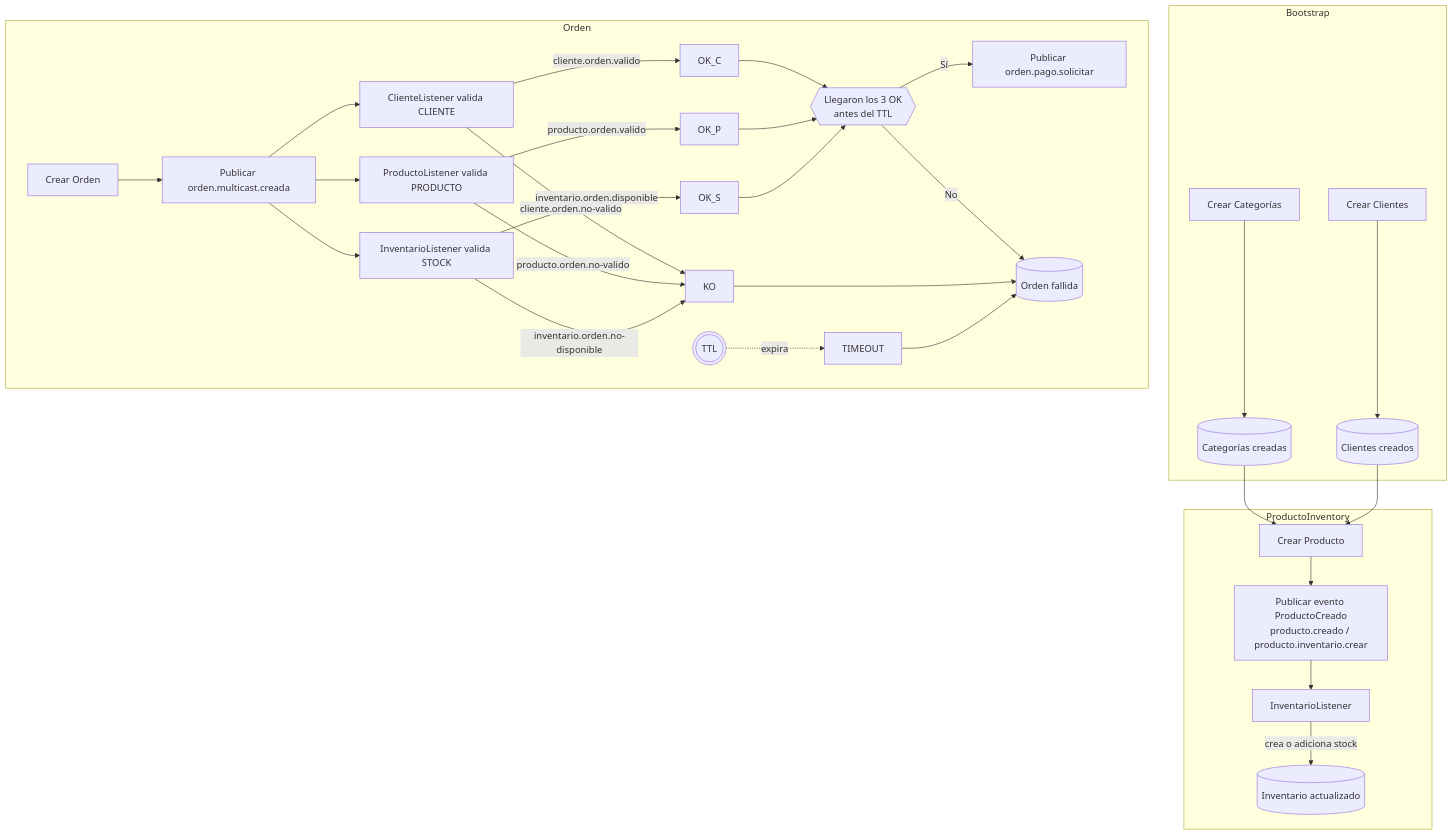
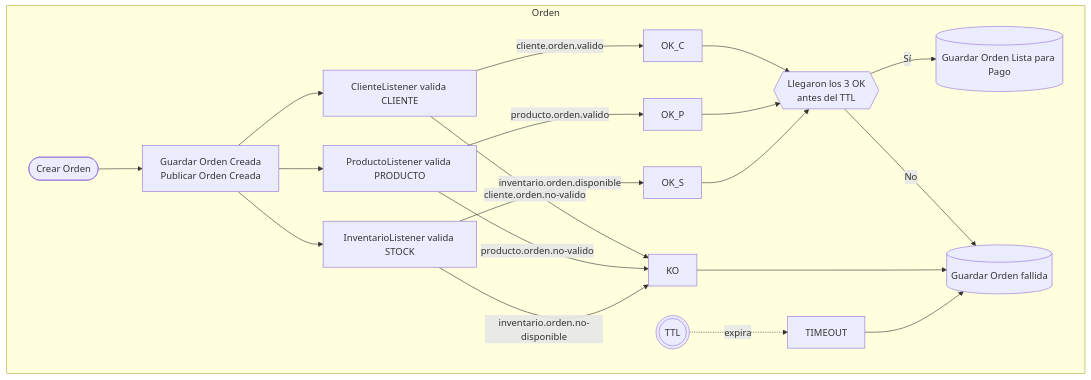
The second of 3 diagrams in README.md (aulikes/DDD-Clean-Arquitecture), drawn with Mermaid before and after one commit. The commit also changed other lines of this file, not shown here.

````diff
--- a/README.md
+++ b/README.md
@@ -116,53 +147,35 @@
 ```mermaid
+
 flowchart TD
-%% =========================
-%% Bootstrap de catálogos
-%% =========================
-  subgraph Bootstrap
-    CATS[Crear Categorías] --> CATS_DONE[(Categorías creadas)]
-    CLIENTS[Crear Clientes] --> CLIENTS_DONE[(Clientes creados)]
-  end
-
-%% =========================
-%% Ciclo de Producto -> Inventario
-%% =========================
-  subgraph ProductoInventory
-    PROD[Crear Producto] --> E_PROD[Publicar evento ProductoCreado<br/>producto.creado / producto.inventario.crear]
-    E_PROD --> INV_LISTENER[InventarioListener]
-    INV_LISTENER -->|crea o adiciona stock| INV_UPD[(Inventario actualizado)]
-  end
-
-  CATS_DONE --> PROD
-  CLIENTS_DONE --> PROD
 
 %% =========================
 %% Ciclo de Orden con validaciones ALL-OF + TTL
 %% =========================
   subgraph Orden
-    O_CREATE[Crear Orden] --> E_ORDEN[Publicar orden.multicast.creada]
+    O_CREATE([Crear Orden]) --> E_ORDEN[Guardar Orden Creada <br/> Publicar Orden Creada]
     E_ORDEN --> L_CLIENTE[ClienteListener valida CLIENTE]
     E_ORDEN --> L_PRODUCTO[ProductoListener valida PRODUCTO]
     E_ORDEN --> L_STOCK[InventarioListener valida STOCK]
 
     L_CLIENTE -->|cliente.orden.valido| OK_C
     L_PRODUCTO -->|producto.orden.valido| OK_P
     L_STOCK -->|inventario.orden.disponible| OK_S
 
     L_CLIENTE -->|cliente.orden.no-valido| KO
     L_PRODUCTO -->|producto.orden.no-valido| KO
     L_STOCK -->|inventario.orden.no-disponible| KO
 
     OK_C --> AND_JOIN
     OK_P --> AND_JOIN
     OK_S --> AND_JOIN
 
     TTL(((TTL))) -. expira .-> TIMEOUT
 
-    AND_JOIN{{Llegaron los 3 OK<br/>antes del TTL}} -->|Sí| PAGO_REQ[Publicar orden.pago.solicitar]
-    AND_JOIN -->|No| ORDEN_FAIL[(Orden fallida)]
+    AND_JOIN{{Llegaron los 3 OK<br/>antes del TTL}} -->|Sí| PAGO_REQ[(Guardar Orden Lista para Pago)]
+    AND_JOIN -->|No| ORDEN_FAIL[(Guardar Orden fallida)]
 
     KO --> ORDEN_FAIL
     TIMEOUT --> ORDEN_FAIL
   end
 
 ```
````
